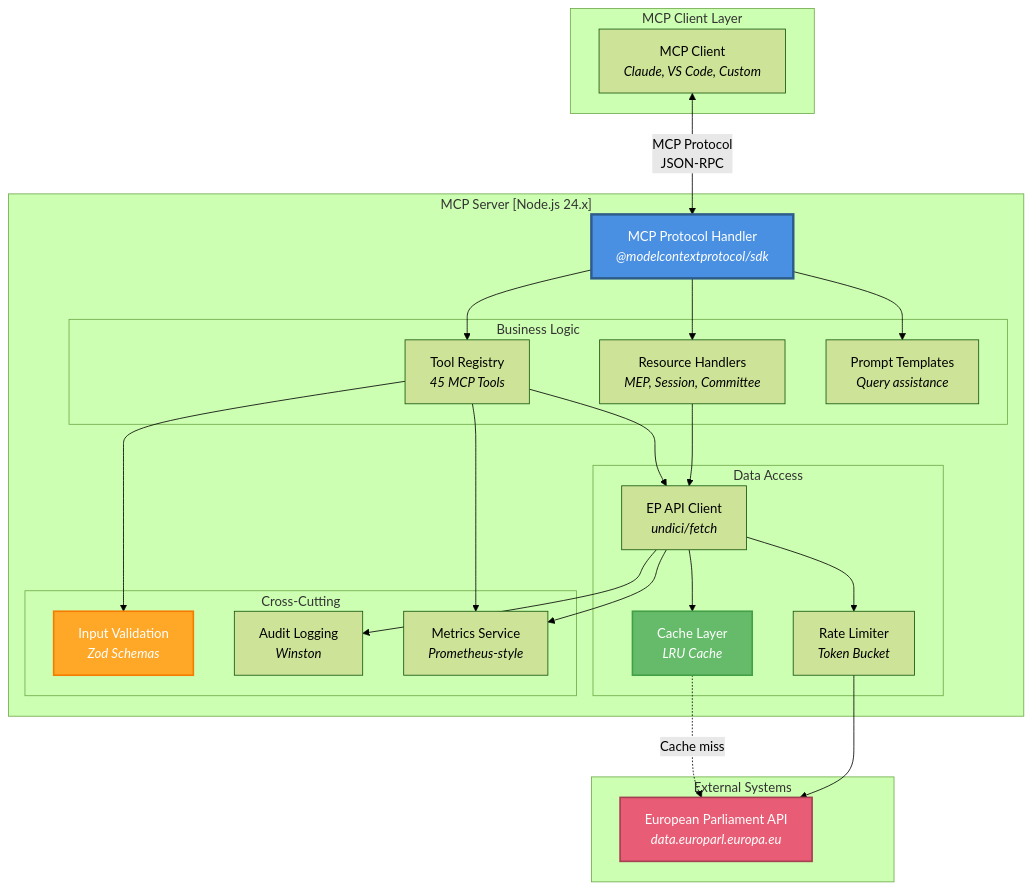
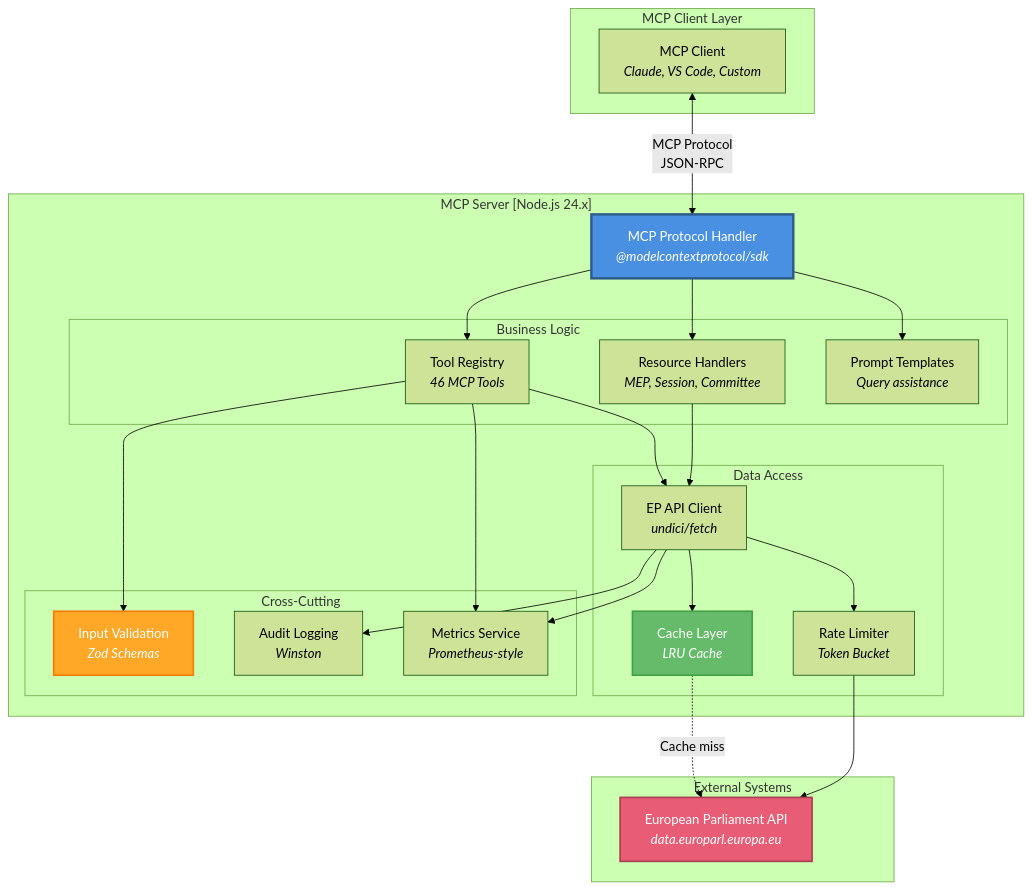
The second of 14 diagrams in ARCHITECTURE_DIAGRAMS.md (Hack23/European-Parliament-MCP-Server), drawn with Mermaid (forest theme) before and after one commit. The commit also changed other lines of this file and 36 other files, not shown here.

````diff
--- a/ARCHITECTURE_DIAGRAMS.md
+++ b/ARCHITECTURE_DIAGRAMS.md
@@ -114,56 +114,56 @@
 ```mermaid
 graph TB
     subgraph "MCP Client Layer"
         CLIENT[MCP Client<br/><i>Claude, VS Code, Custom</i>]
     end
     
     subgraph "MCP Server [Node.js 24.x]"
         SERVER[MCP Protocol Handler<br/><i>@modelcontextprotocol/sdk</i>]
         
         subgraph "Business Logic"
-            TOOLS[Tool Registry<br/><i>45 MCP Tools</i>]
+            TOOLS[Tool Registry<br/><i>46 MCP Tools</i>]
             RESOURCES[Resource Handlers<br/><i>MEP, Session, Committee</i>]
             PROMPTS[Prompt Templates<br/><i>Query assistance</i>]
         end
         
         subgraph "Data Access"
             API_CLIENT[EP API Client<br/><i>undici/fetch</i>]
             CACHE[Cache Layer<br/><i>LRU Cache</i>]
             RATE_LIMITER[Rate Limiter<br/><i>Token Bucket</i>]
         end
         
         subgraph "Cross-Cutting"
             VALIDATION[Input Validation<br/><i>Zod Schemas</i>]
             LOGGING[Audit Logging<br/><i>Winston</i>]
             METRICS[Metrics Service<br/><i>Prometheus-style</i>]
         end
     end
     
     subgraph "External Systems"
         EP_API[European Parliament API<br/><i>data.europarl.europa.eu</i>]
     end
     
     CLIENT <-->|MCP Protocol<br/>JSON-RPC| SERVER
     SERVER --> TOOLS
     SERVER --> RESOURCES
     SERVER --> PROMPTS
     
     TOOLS --> VALIDATION
     TOOLS --> API_CLIENT
     RESOURCES --> API_CLIENT
     
     API_CLIENT --> CACHE
     API_CLIENT --> RATE_LIMITER
     API_CLIENT --> LOGGING
     
     CACHE -.->|Cache miss| EP_API
     RATE_LIMITER --> EP_API
     
     TOOLS --> METRICS
     API_CLIENT --> METRICS
     
     style SERVER fill:#4A90E2,stroke:#2E5C8A,stroke-width:3px,color:#fff
     style EP_API fill:#E85D75,stroke:#A53F52,stroke-width:2px,color:#fff
     style CACHE fill:#66BB6A,stroke:#43A047,stroke-width:2px,color:#fff
     style VALIDATION fill:#FFA726,stroke:#F57C00,stroke-width:2px,color:#fff
 ```
````
